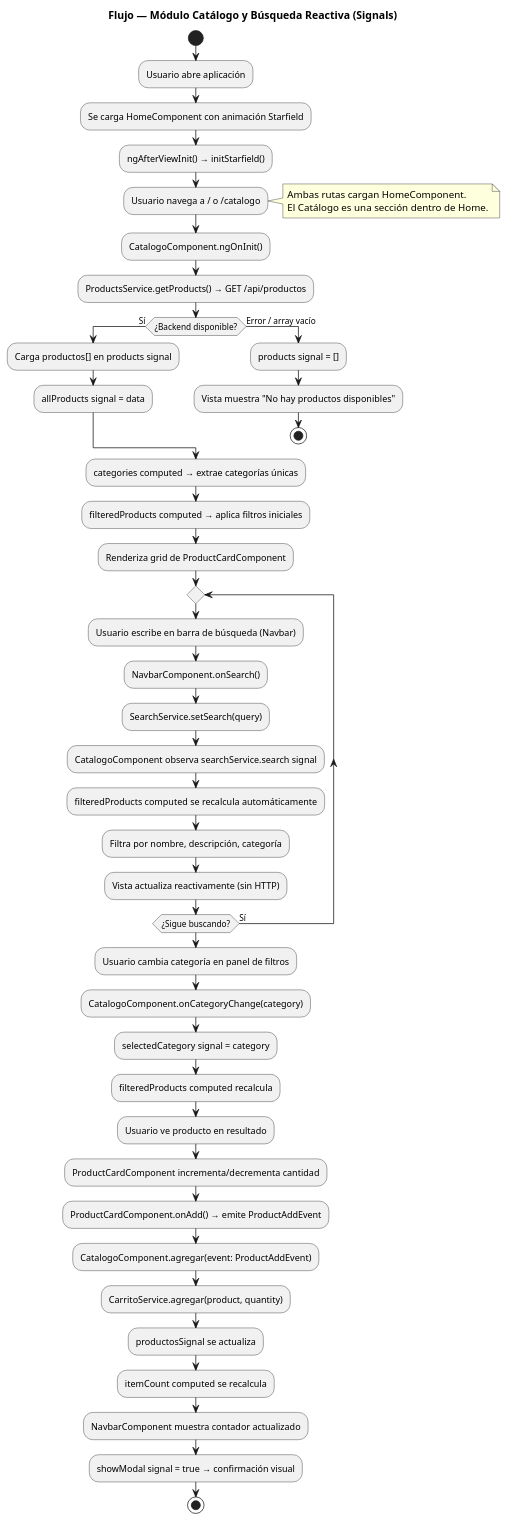
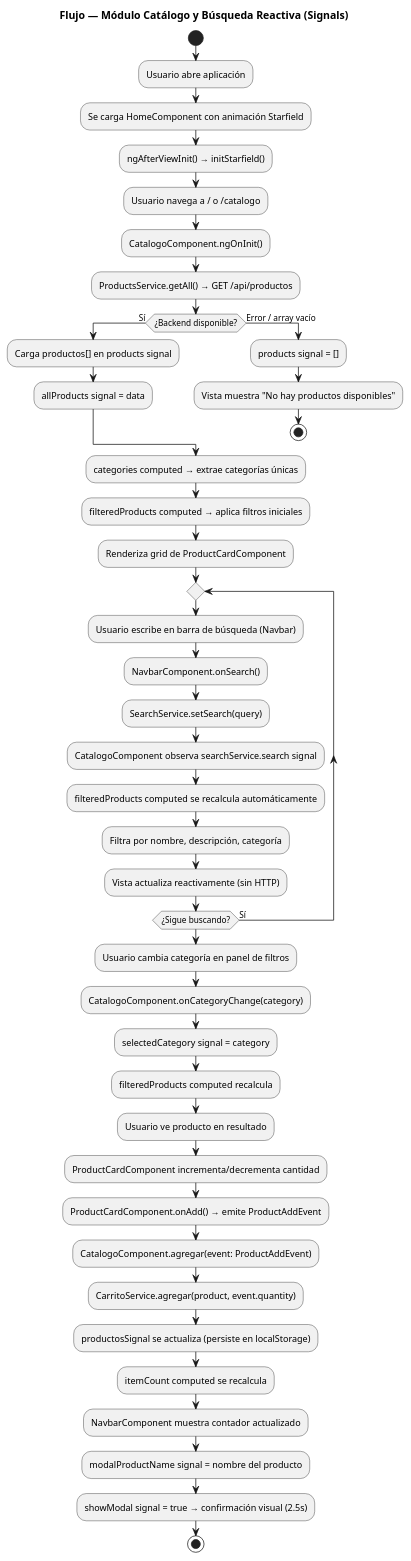
Before and after one commit to CristianINP/LaCasaDelPerfume: the diagram in diagramas/C1_FlujoCatalogo.puml, drawn with PlantUML. The commit also changed 12 other files, not shown here.

First line of the commit message:
feat: actualizar todos los diagramas con cambios del commit final

```diff
--- a/diagramas/C1_FlujoCatalogo.puml
+++ b/diagramas/C1_FlujoCatalogo.puml
@@ -1,62 +1,59 @@
 @startuml
 title Flujo — Módulo Catálogo y Búsqueda Reactiva (Signals)
 
 start
   :Usuario abre aplicación;
   :Se carga HomeComponent con animación Starfield;
   :ngAfterViewInit() → initStarfield();
 
   :Usuario navega a / o /catalogo;
-  note right
-    Ambas rutas cargan HomeComponent.
-    El Catálogo es una sección dentro de Home.
-  end note
 
   :CatalogoComponent.ngOnInit();
-  :ProductsService.getProducts() → GET /api/productos;
+  :ProductsService.getAll() → GET /api/productos;
 
   if (¿Backend disponible?) then (Sí)
     :Carga productos[] en products signal;
     :allProducts signal = data;
   else (Error / array vacío)
     :products signal = [];
     :Vista muestra "No hay productos disponibles";
     stop
   endif
 
   :categories computed → extrae categorías únicas;
   :filteredProducts computed → aplica filtros iniciales;
   :Renderiza grid de ProductCardComponent;
 
   repeat
     :Usuario escribe en barra de búsqueda (Navbar);
     :NavbarComponent.onSearch();
     :SearchService.setSearch(query);
 
     :CatalogoComponent observa searchService.search signal;
     :filteredProducts computed se recalcula automáticamente;
     :Filtra por nombre, descripción, categoría;
 
     :Vista actualiza reactivamente (sin HTTP);
 
   repeat while (¿Sigue buscando?) is (Sí)
 
   :Usuario cambia categoría en panel de filtros;
   :CatalogoComponent.onCategoryChange(category);
   :selectedCategory signal = category;
   :filteredProducts computed recalcula;
 
   :Usuario ve producto en resultado;
   :ProductCardComponent incrementa/decrementa cantidad;
   :ProductCardComponent.onAdd() → emite ProductAddEvent;
 
   :CatalogoComponent.agregar(event: ProductAddEvent);
-  :CarritoService.agregar(product, quantity);
-  :productosSignal se actualiza;
+  :CarritoService.agregar(product, event.quantity);
+  :productosSignal se actualiza (persiste en localStorage);
   :itemCount computed se recalcula;
 
   :NavbarComponent muestra contador actualizado;
-  :showModal signal = true → confirmación visual;
+  :modalProductName signal = nombre del producto;
+  :showModal signal = true → confirmación visual (2.5s);
 
 stop
 @enduml
```
